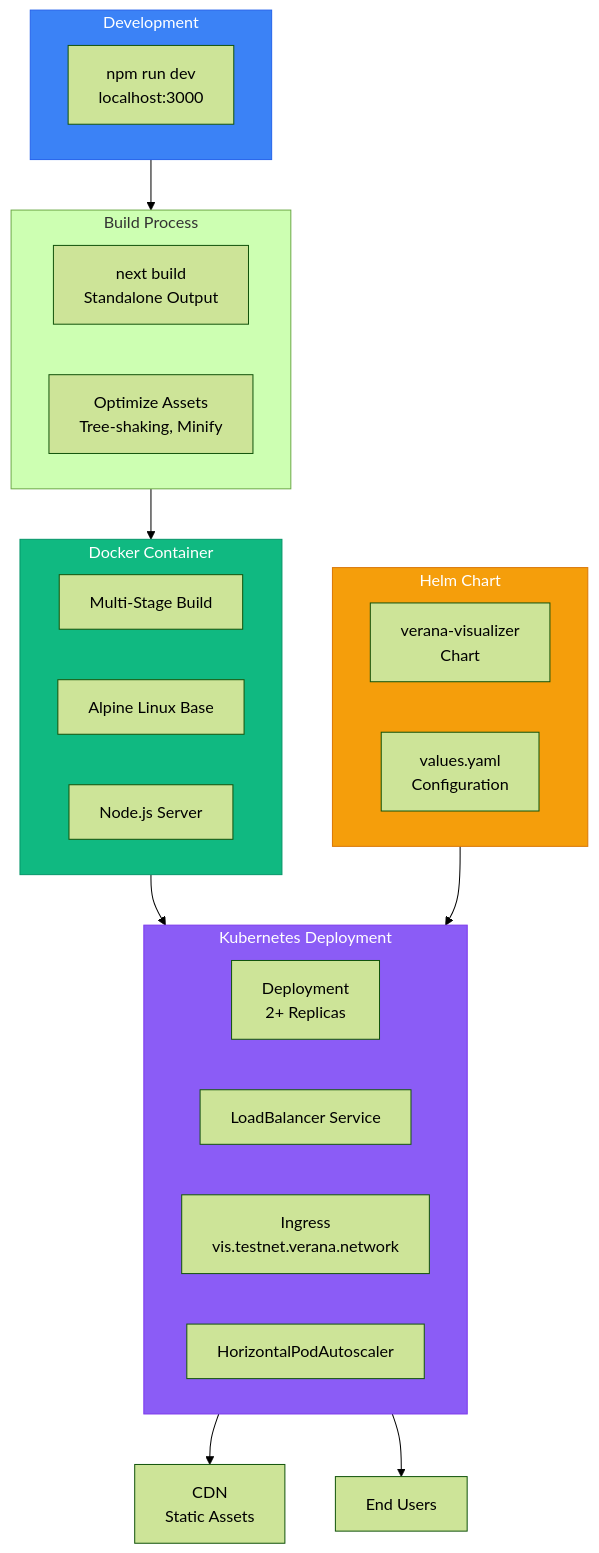
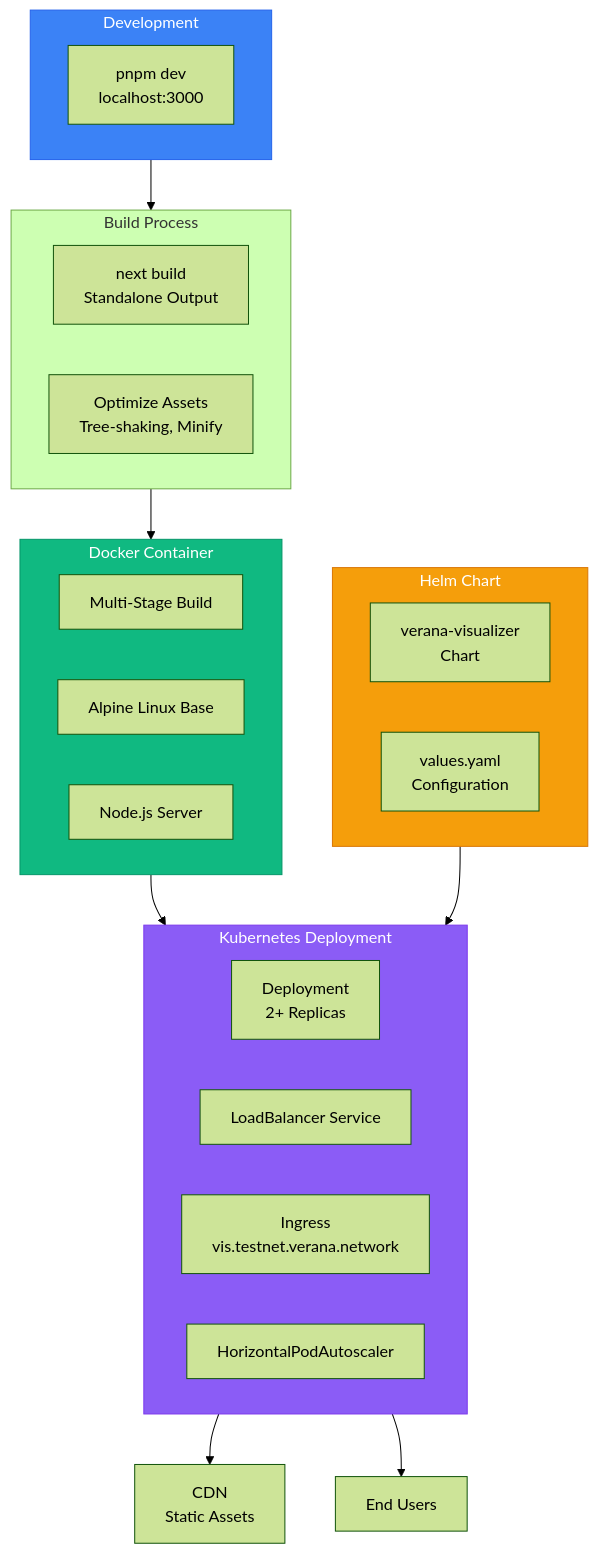
Before and after one commit to verana-labs/verana-visualizer: diagram 18 of 28 in docs/architecture.md, drawn with Mermaid (forest theme). The commit also changed 74 other files, not shown here.

````diff
--- a/docs/architecture.md
+++ b/docs/architecture.md
@@ -696,42 +696,42 @@
 ```mermaid
 flowchart TB
     subgraph Dev["Development"]
-        DevServer[npm run dev<br/>localhost:3000]
+        DevServer[pnpm dev<br/>localhost:3000]
     end
     
     subgraph Build["Build Process"]
         NextBuild[next build<br/>Standalone Output]
         Optimize[Optimize Assets<br/>Tree-shaking, Minify]
     end
     
     subgraph Container["Docker Container"]
         MultiStage[Multi-Stage Build]
         Alpine[Alpine Linux Base]
         NodeServer[Node.js Server]
     end
     
     subgraph K8s["Kubernetes Deployment"]
         Deploy[Deployment<br/>2+ Replicas]
         Service[LoadBalancer Service]
         Ingress[Ingress<br/>vis.testnet.verana.network]
         HPA[HorizontalPodAutoscaler]
     end
     
     subgraph Helm["Helm Chart"]
         Chart[verana-visualizer<br/>Chart]
         Values[values.yaml<br/>Configuration]
     end
     
     Dev --> Build
     Build --> Container
     Container --> K8s
     Helm --> K8s
     
     K8s --> CDN[CDN<br/>Static Assets]
     K8s --> Users[End Users]
     
     style Dev fill:#3b82f6,stroke:#2563eb,color:#fff
     style Container fill:#10b981,stroke:#059669,color:#fff
     style K8s fill:#8b5cf6,stroke:#7c3aed,color:#fff
     style Helm fill:#f59e0b,stroke:#d97706,color:#fff
 ```
````
